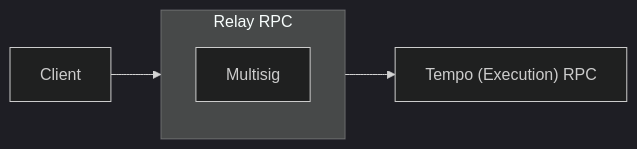
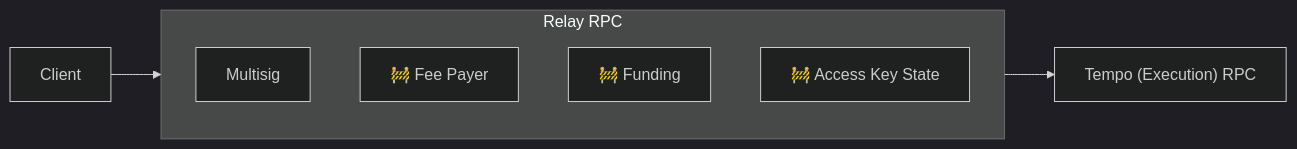
One commit to wevm/viem changed the diagram in site/pages/tempo/relay/index.mdx. Above: the diagram before and after it, drawn with Mermaid (dark theme).

Commit message:
docs(tempo): add planned plugins to relay diagram

````diff
--- a/site/pages/tempo/relay/index.mdx
+++ b/site/pages/tempo/relay/index.mdx
@@ -15,9 +15,12 @@
 ```mermaid
 flowchart LR
   client[Client] --> relay
   subgraph relay[Relay RPC]
     direction TB
     multisig[Multisig]
+    feePayer["🚧 Fee Payer"]
+    funding["🚧 Funding"]
+    accessKeyState["🚧 Access Key State"]
   end
   relay --> rpc["Tempo (Execution) RPC"]
 ```
````
